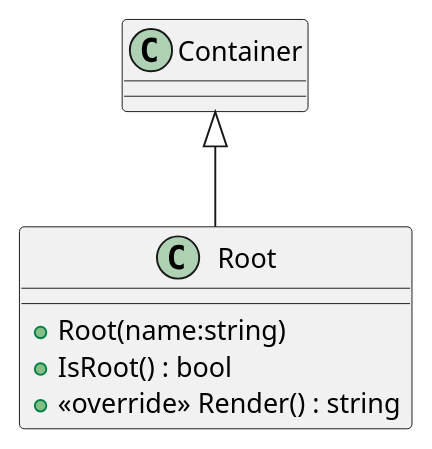
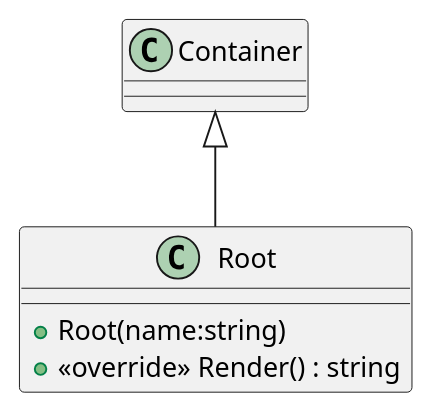
One commit to anatolii-dotsenko/Optima_OOP changed the diagram in Diagrams/AutoGeneratedModel/Text/Root.puml. Above: the diagram before and after it, drawn with PlantUML. The commit also changed 54 other files, not shown here.

```diff
--- a/Diagrams/AutoGeneratedModel/Text/Root.puml
+++ b/Diagrams/AutoGeneratedModel/Text/Root.puml
@@ -1,8 +1,7 @@
 @startuml
 class Root {
     + Root(name:string)
-    + IsRoot() : bool
     + <<override>> Render() : string
 }
 Container <|-- Root
 @enduml
```
